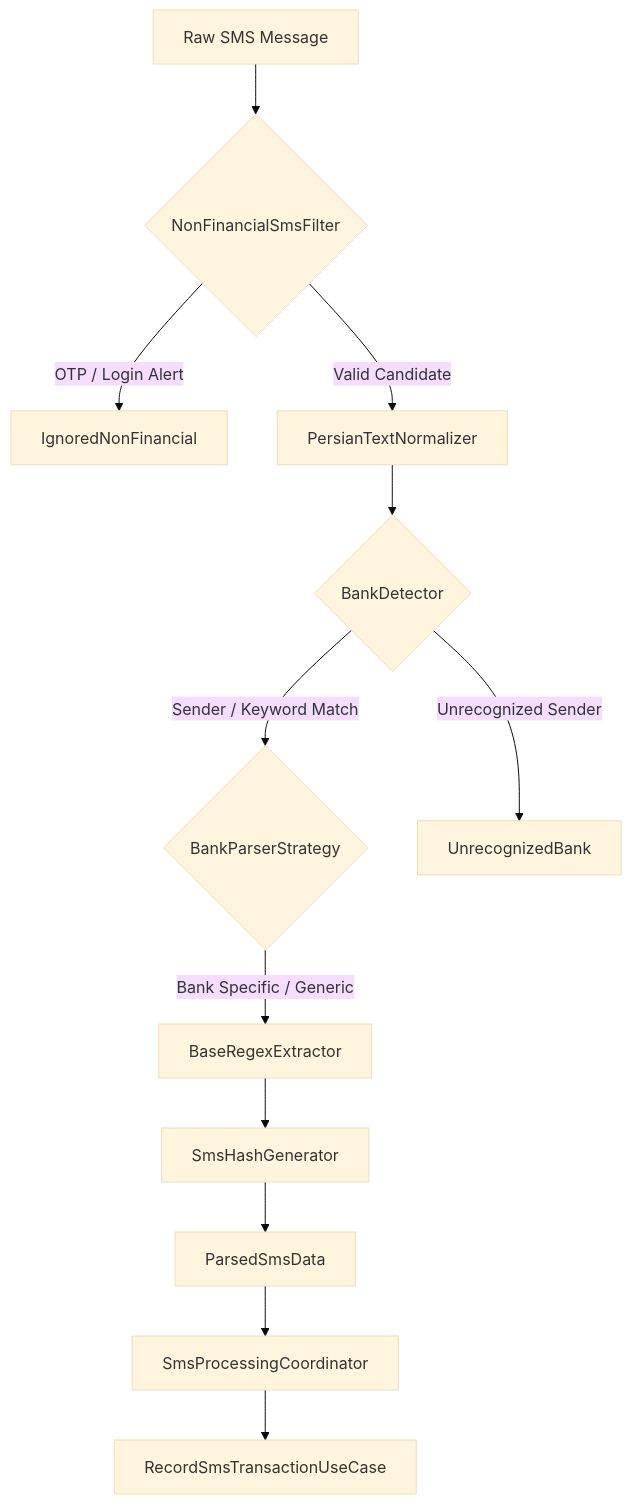
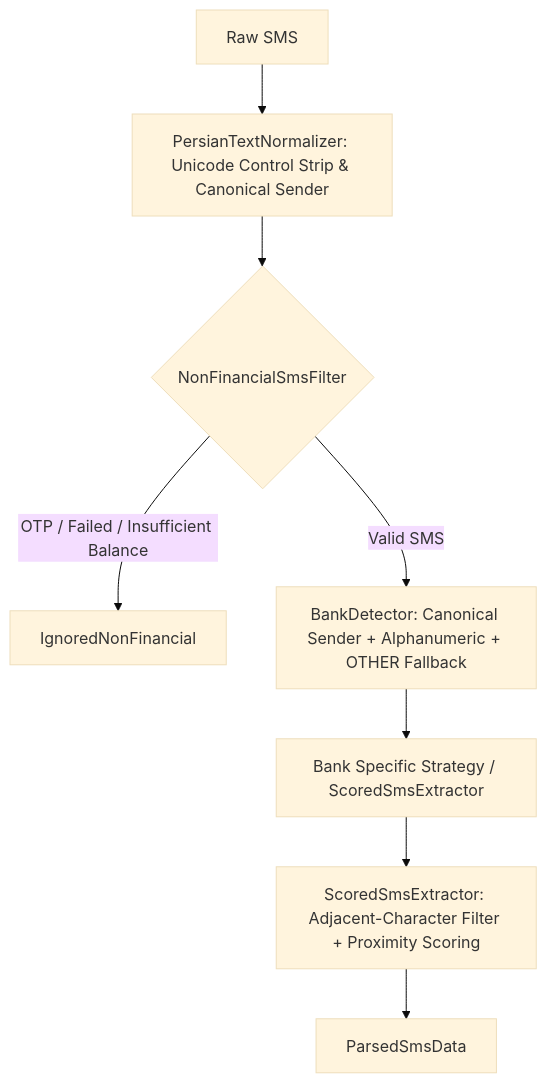
One commit to miladtavakolii/KhodHesab changed the second of 6 diagrams in docs/ARCHITECTURE.md. Above: the diagram before and after it, drawn with Mermaid (base theme). The commit also changed other lines of this file, not shown here.

Commit message:
docs(sms-engine): document Context-Window Token Scoring SMS Parser and OTHER bank fallback

````diff
--- a/docs/ARCHITECTURE.md
+++ b/docs/ARCHITECTURE.md
@@ -127,14 +127,10 @@
 ```mermaid
 flowchart TD
-    RawSMS[Raw SMS Message] --> Filter{NonFinancialSmsFilter}
-    Filter -- OTP / Login Alert --> Ignored[IgnoredNonFinancial]
-    Filter -- Valid Candidate --> Normalizer[PersianTextNormalizer]
-    Normalizer --> Detector{BankDetector}
-    Detector -- Sender / Keyword Match --> Strategy{BankParserStrategy}
-    Detector -- Unrecognized Sender --> Unrecognized[UnrecognizedBank]
-    Strategy -- Bank Specific / Generic --> Extractor[BaseRegexExtractor]
-    Extractor --> Hasher[SmsHashGenerator]
-    Hasher --> Success[ParsedSmsData]
-    Success --> Coordinator[SmsProcessingCoordinator]
-    Coordinator --> UseCase[RecordSmsTransactionUseCase]
+    RawSMS[Raw SMS] --> Clean[PersianTextNormalizer: Unicode Control Strip & Canonical Sender]
+    Clean --> Filter{NonFinancialSmsFilter}
+    Filter -- OTP / Failed / Insufficient Balance --> Ignored[IgnoredNonFinancial]
+    Filter -- Valid SMS --> Detector[BankDetector: Canonical Sender + Alphanumeric + OTHER Fallback]
+    Detector --> Strategy[Bank Specific Strategy / ScoredSmsExtractor]
+    Strategy --> Scored[ScoredSmsExtractor: Adjacent-Character Filter + Proximity Scoring]
+    Scored --> Success[ParsedSmsData]
 ```
````
